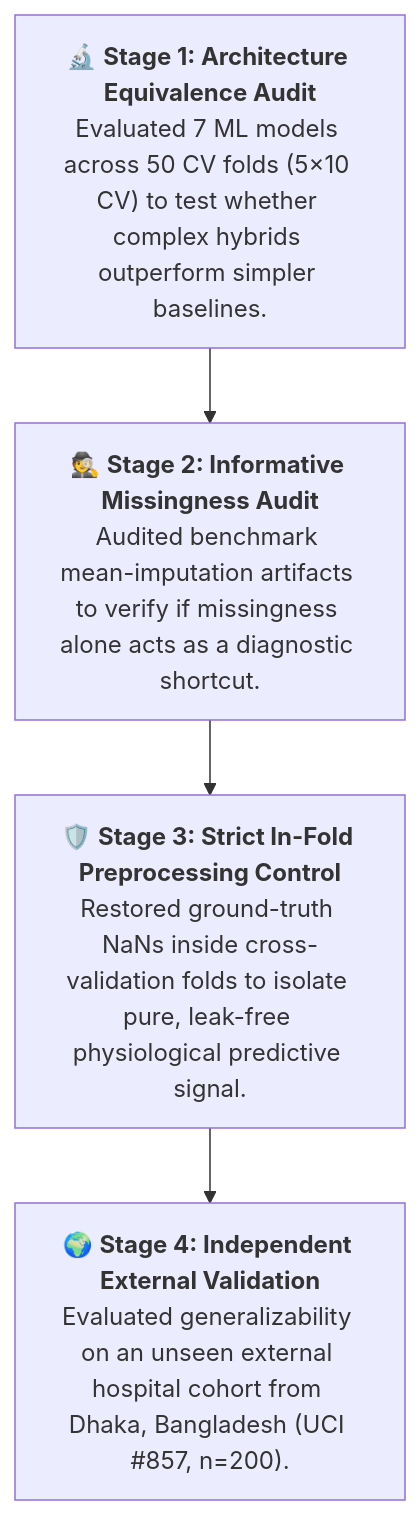
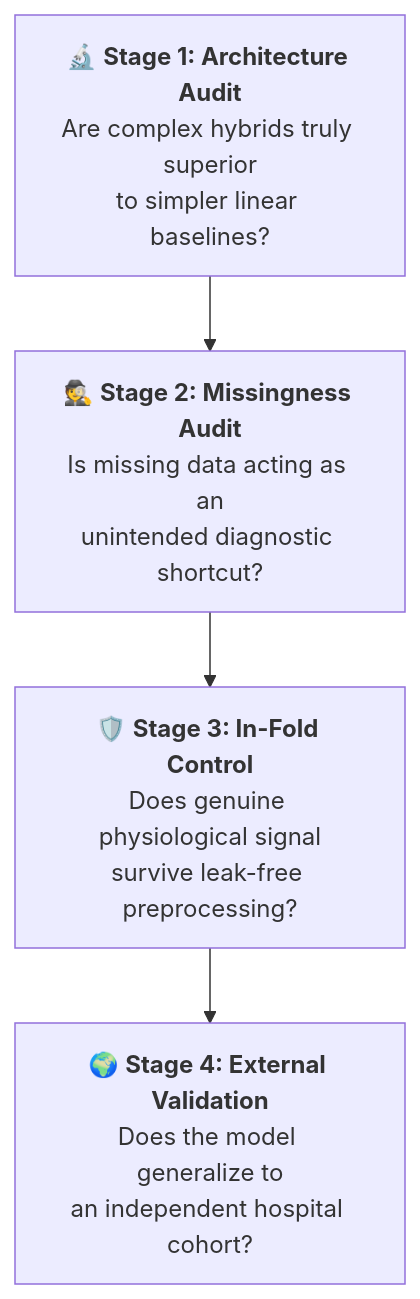
Before and after one commit to HarshaAppikatla/Chronic-Kidney-Disease: the diagram in README.md, drawn with Mermaid. The commit also changed other lines of this file, not shown here.

Commit message:
fix(docs): wrap Mermaid text to prevent cutoff and add visual roadmap table

````diff
--- a/README.md
+++ b/README.md
@@ -35,11 +35,11 @@
 ```mermaid
 flowchart TD
-    A["🔬 <b>Stage 1: Architecture Equivalence Audit</b><br/>Evaluated 7 ML models across 50 CV folds (5×10 CV) to test whether complex hybrids outperform simpler baselines."]
-    B["🕵️ <b>Stage 2: Informative Missingness Audit</b><br/>Audited benchmark mean-imputation artifacts to verify if missingness alone acts as a diagnostic shortcut."]
-    C["🛡️ <b>Stage 3: Strict In-Fold Preprocessing Control</b><br/>Restored ground-truth NaNs inside cross-validation folds to isolate pure, leak-free physiological predictive signal."]
-    D["🌍 <b>Stage 4: Independent External Validation</b><br/>Evaluated generalizability on an unseen external hospital cohort from Dhaka, Bangladesh (UCI #857, n=200)."]
+    A["🔬 <b>Stage 1: Architecture Audit</b><br/>Are complex hybrids truly superior<br/>to simpler linear baselines?"]
+    B["🕵️ <b>Stage 2: Missingness Audit</b><br/>Is missing data acting as an<br/>unintended diagnostic shortcut?"]
+    C["🛡️ <b>Stage 3: In-Fold Control</b><br/>Does genuine physiological signal<br/>survive leak-free preprocessing?"]
+    D["🌍 <b>Stage 4: External Validation</b><br/>Does the model generalize to<br/>an independent hospital cohort?"]
 
     A --> B
     B --> C
     C --> D
 ```
````
